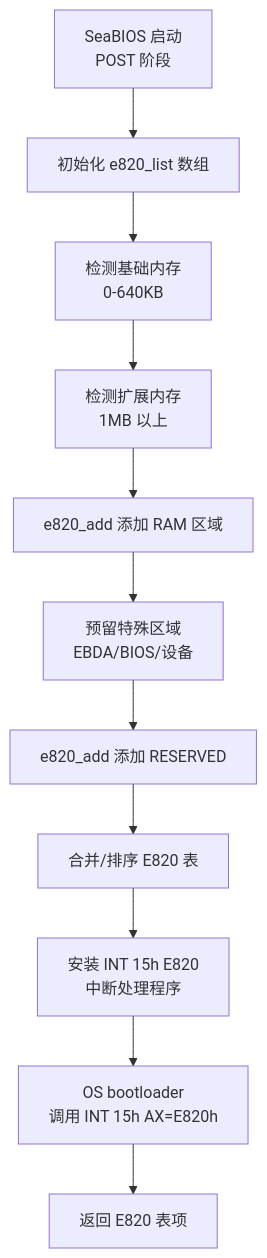
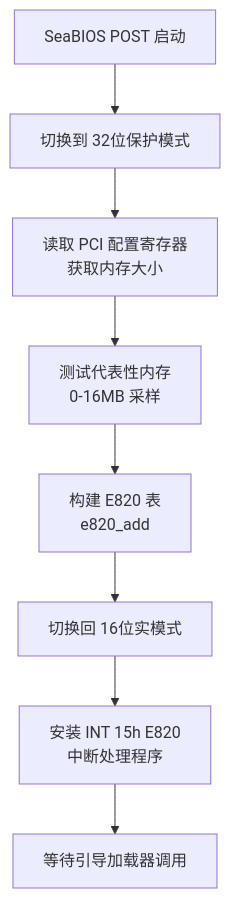
Before and after one commit to liweinan/bootimage-example: the first of 6 diagrams in PAGING_PHASE2_FULL_SETUP_IN_SETUP_ARCH.md, drawn with Mermaid. The commit also changed other lines of this file and 4 other files, not shown here.

````diff
--- a/PAGING_PHASE2_FULL_SETUP_IN_SETUP_ARCH.md
+++ b/PAGING_PHASE2_FULL_SETUP_IN_SETUP_ARCH.md
@@ -309,25 +118,13 @@
 ```mermaid
 flowchart TD
-    A[SeaBIOS 启动<br>POST 阶段]
-    B[初始化 e820_list 数组]
-    C[检测基础内存<br>0-640KB]
-    D[检测扩展内存<br>1MB 以上]
-    E[e820_add 添加 RAM 区域]
-    F[预留特殊区域<br>EBDA/BIOS/设备]
-    G[e820_add 添加 RESERVED]
-    H[合并/排序 E820 表]
-    I[安装 INT 15h E820<br>中断处理程序]
-    J[OS bootloader<br>调用 INT 15h AX=E820h]
-    K[返回 E820 表项]
+    A[SeaBIOS POST 启动]
+    B[切换到 32位保护模式]
+    C[读取 PCI 配置寄存器<br>获取内存大小]
+    D[测试代表性内存<br>0-16MB 采样]
+    E[构建 E820 表<br>e820_add]
+    F[切换回 16位实模式]
+    G[安装 INT 15h E820<br>中断处理程序]
+    H[等待引导加载器调用]
 
-    A --> B
-    B --> C
-    C --> D
-    D --> E
-    E --> F
-    F --> G
-    G --> H
-    H --> I
-    I --> J
-    J --> K
+    A --> B --> C --> D --> E --> F --> G --> H
 ```
````
